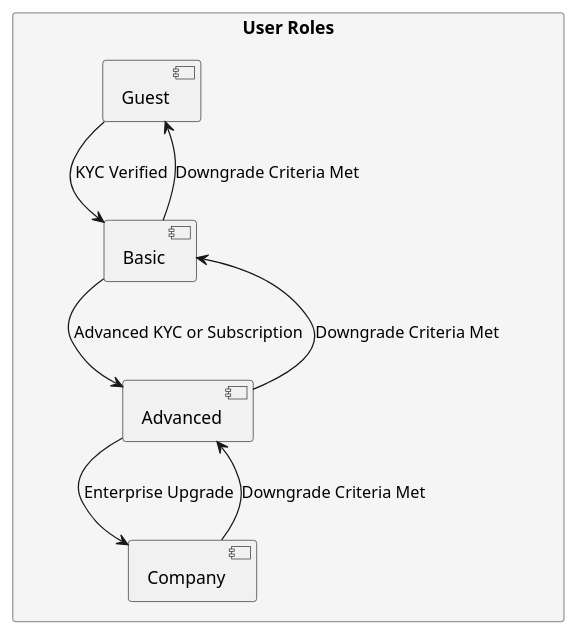
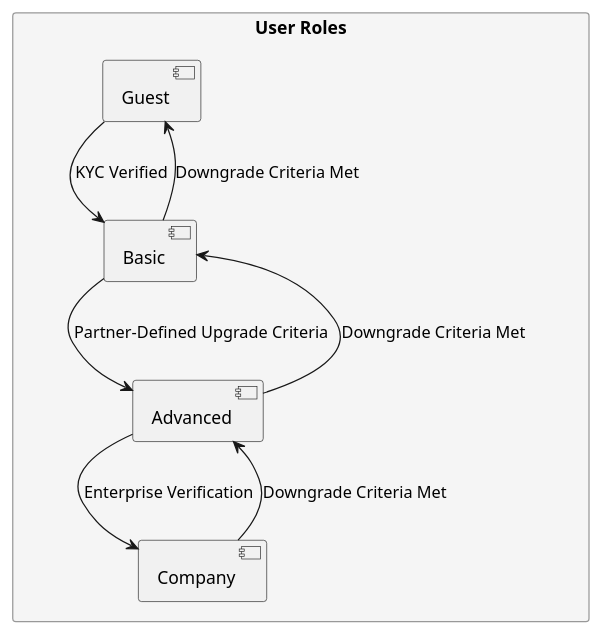
Before and after one commit to Lamhita/doctest: the diagram in docs/task1/security/rbac.md, drawn with PlantUML. The commit also changed other lines of this file and 42 other files, not shown here.

````diff
--- a/docs/task1/security/rbac.md
+++ b/docs/task1/security/rbac.md
@@ -47,17 +46,17 @@
 ```plantuml
 @startuml
 skinparam rectangle {
   BackgroundColor #F5F5F5
   BorderColor #999999
 }
 
 rectangle "User Roles" {
   [Guest] --> [Basic] : KYC Verified
-  [Basic] --> [Advanced] : Advanced KYC or Subscription
-  [Advanced] --> [Company] : Enterprise Upgrade
+  [Basic] --> [Advanced] : Partner-Defined Upgrade Criteria
+  [Advanced] --> [Company] : Enterprise Verification
   [Company] --> [Advanced] : Downgrade Criteria Met
   [Advanced] --> [Basic] : Downgrade Criteria Met
   [Basic] --> [Guest] : Downgrade Criteria Met
 }
 @enduml
 ```
````
